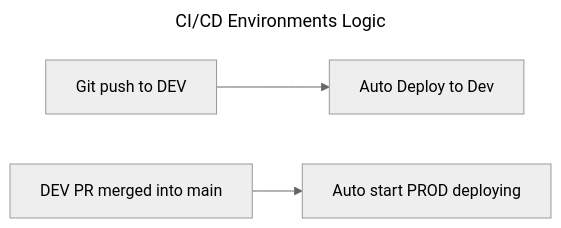
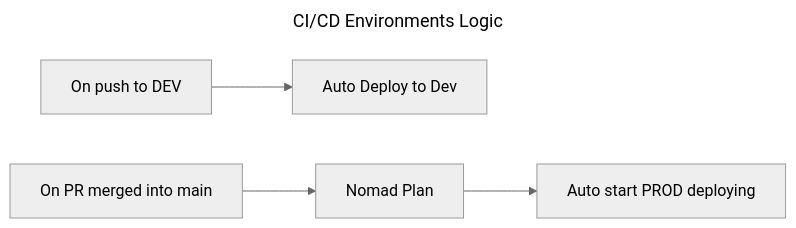
Before and after one commit to lek-x/tg_weather_bot: the second of 3 diagrams in README.md, drawn with Mermaid (neutral theme). The commit also changed other lines of this file and 10 other files, not shown here.

````diff
--- a/README.md
+++ b/README.md
@@ -58,8 +64,8 @@
 ```mermaid
 ---
 title: CI/CD Environments Logic
 ---
 flowchart LR;
- A[Git push to DEV] --> B[Auto Deploy to Dev]
- C[DEV PR merged into main] --> D[Auto start PROD deploying]
+ A[On push to DEV] --> B[Auto Deploy to Dev]
+ C[On PR merged into main] --> E[Nomad Plan]-->D[Auto start PROD deploying]
 ```
````
